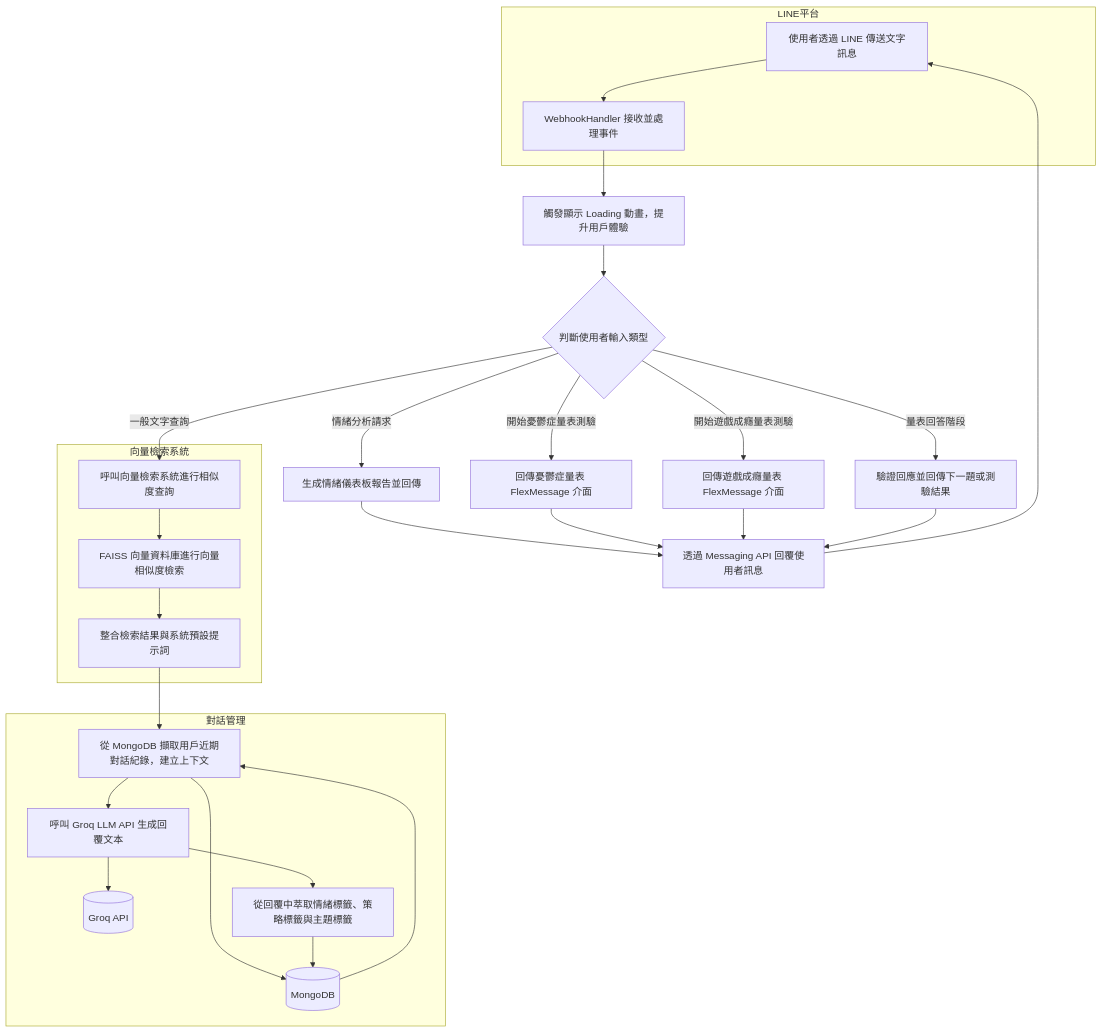
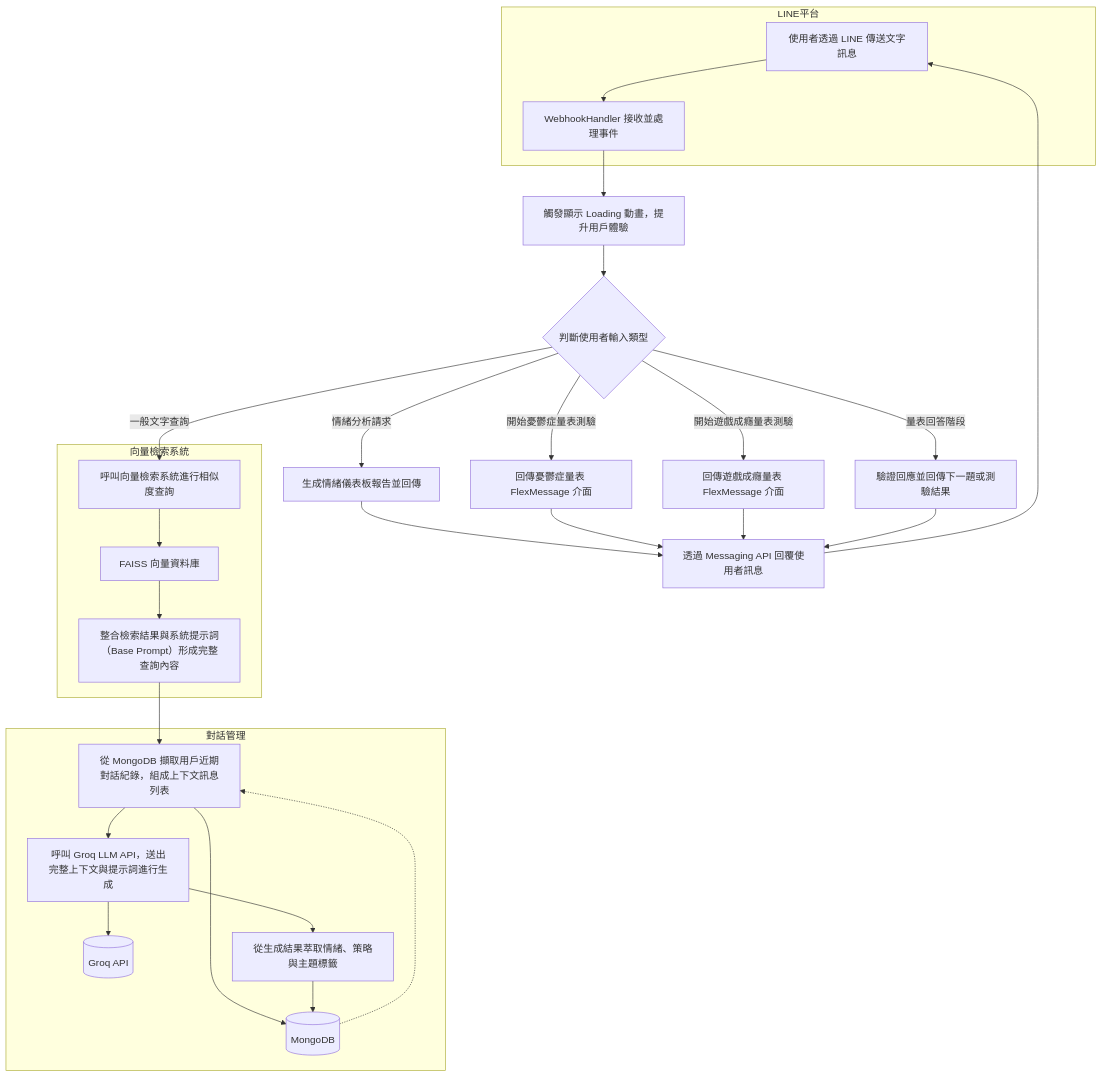
One commit to aurorajojo/line_app changed the diagram in README.md. Above: the diagram before and after it, drawn with Mermaid.

````diff
--- a/README.md
+++ b/README.md
@@ -3,41 +3,42 @@
 ```mermaid
 flowchart TD
     subgraph LINE平台
         A[使用者透過 LINE 傳送文字訊息] --> B[WebhookHandler 接收並處理事件]
     end
 
     B --> C[觸發顯示 Loading 動畫，提升用戶體驗]
 
     C --> D{判斷使用者輸入類型}
 
     D -->|情緒分析請求| E[生成情緒儀表板報告並回傳]
     E --> O1[透過 Messaging API 回覆使用者]
 
     D -->|開始憂鬱症量表測驗| F[回傳憂鬱症量表 FlexMessage 介面]
     F --> O1
 
     D -->|開始遊戲成癮量表測驗| G[回傳遊戲成癮量表 FlexMessage 介面]
     G --> O1
 
     D -->|量表回答階段| H[驗證回應並回傳下一題或測驗結果]
     H --> O1
 
     D -->|一般文字查詢| I[呼叫向量檢索系統進行相似度查詢]
 
     subgraph 向量檢索系統
-        I --> V1[FAISS 向量資料庫進行向量相似度檢索]
-        V1 --> J[整合檢索結果與系統預設提示詞]
+        I --> V1[FAISS 向量資料庫]
+        V1 --> J[整合檢索結果與系統提示詞（Base Prompt）形成完整查詢內容]
     end
 
     subgraph 對話管理
-        J --> K[從 MongoDB 擷取用戶近期對話紀錄，建立上下文]
+        J --> K[從 MongoDB 擷取用戶近期對話紀錄，組成上下文訊息列表]
         K --> MDB[(MongoDB)]
-        MDB --> K
-        K --> L[呼叫 Groq LLM API 生成回覆文本]
+        MDB -.-> K
+        K --> L[呼叫 Groq LLM API，送出完整上下文與提示詞進行生成]
         L --> API1[(Groq API)]
-        L --> M[從回覆中萃取情緒標籤、策略標籤與主題標籤]
+        L --> M[從生成結果萃取情緒、策略與主題標籤]
         M --> MDB
     end
 
     O1[透過 Messaging API 回覆使用者訊息] --> A
+
 ```
````
